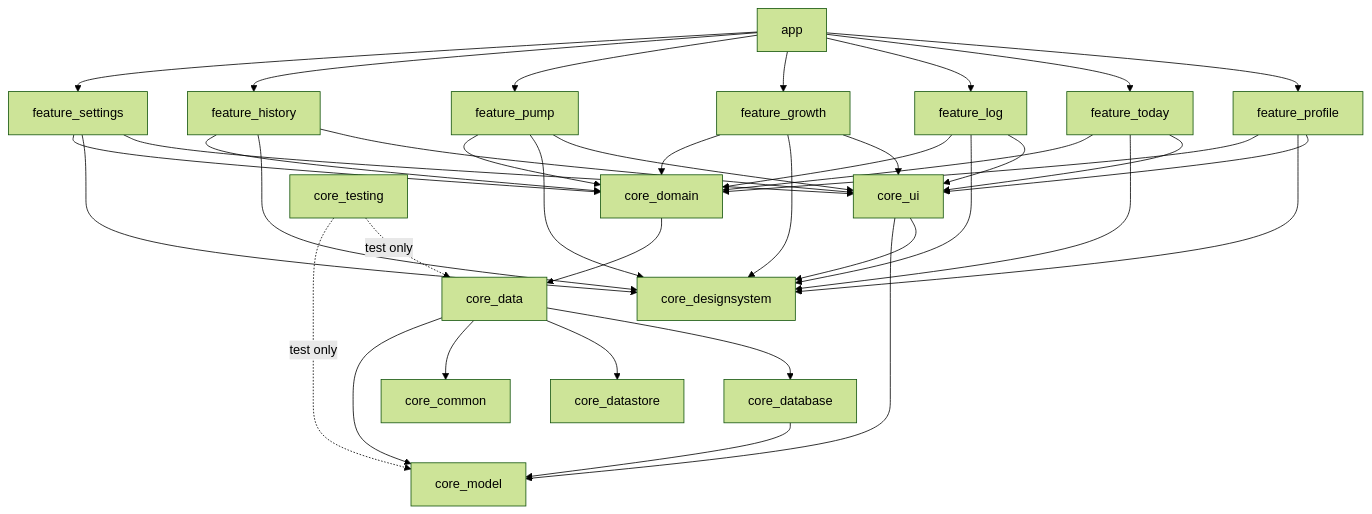
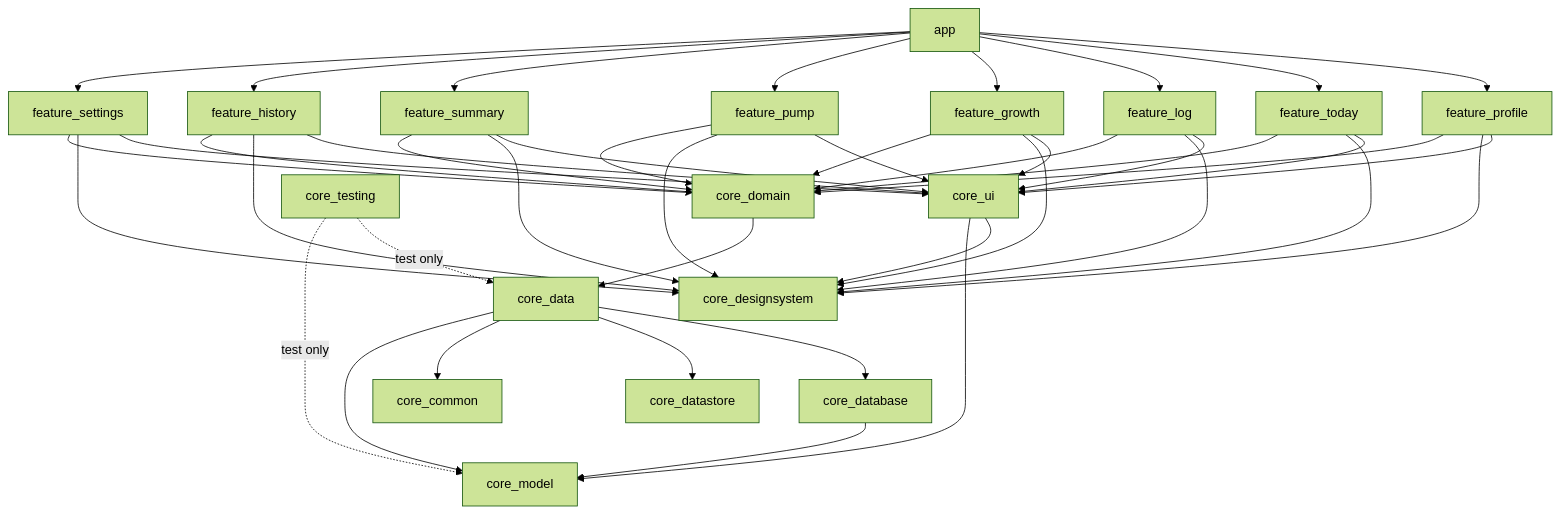
The diagram in docs/ARCHITECTURE.md (rautsagar/baby-status), drawn with Mermaid (forest theme) before and after one commit. The commit also changed other lines of this file and 38 other files, not shown here.

First line of the commit message:
Add Summary screen; History is now one item per day (M10)

````diff
--- a/docs/ARCHITECTURE.md
+++ b/docs/ARCHITECTURE.md
@@ -76,10 +79,10 @@
 ```mermaid
 graph TD
-  app --> feature_profile & feature_today & feature_log & feature_growth & feature_pump & feature_history & feature_settings
-  feature_profile & feature_today & feature_log & feature_growth & feature_pump & feature_history & feature_settings --> core_ui & core_designsystem & core_domain
+  app --> feature_profile & feature_today & feature_log & feature_growth & feature_pump & feature_summary & feature_history & feature_settings
+  feature_profile & feature_today & feature_log & feature_growth & feature_pump & feature_summary & feature_history & feature_settings --> core_ui & core_designsystem & core_domain
   core_ui --> core_designsystem & core_model
   core_domain --> core_data
   core_data --> core_database & core_datastore & core_common & core_model
   core_database --> core_model
   core_testing -.test only.-> core_data & core_model
 ```
````
